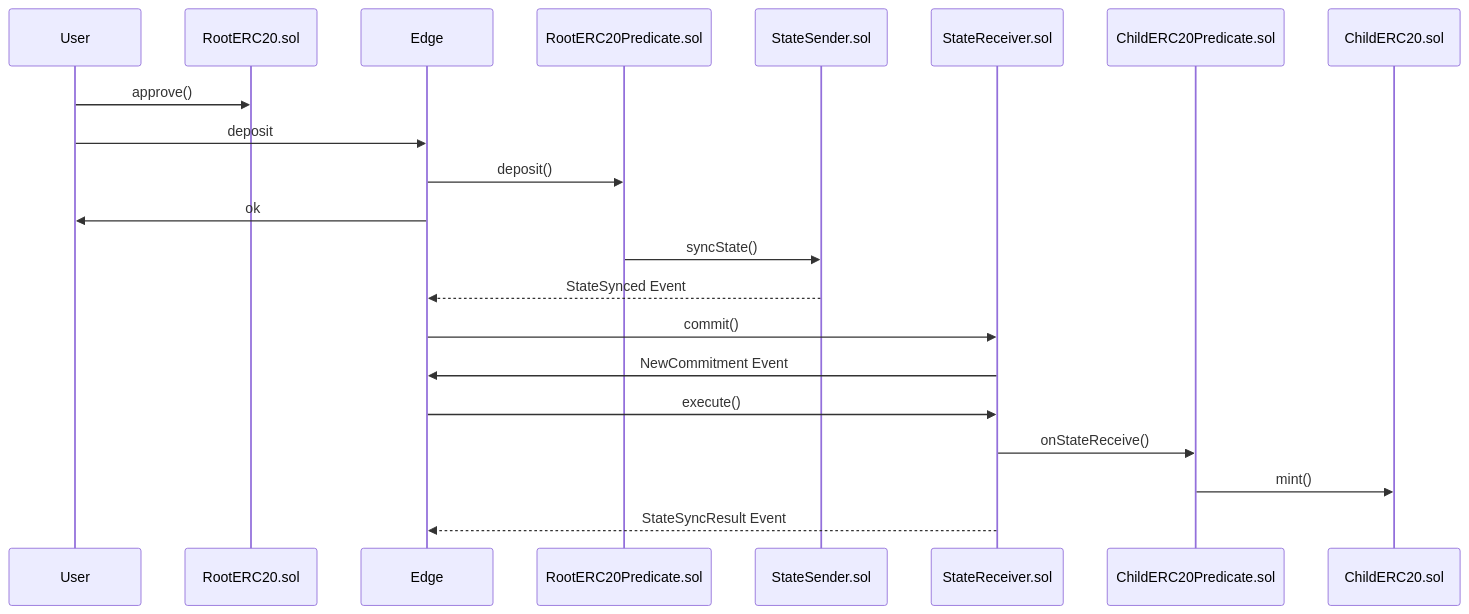
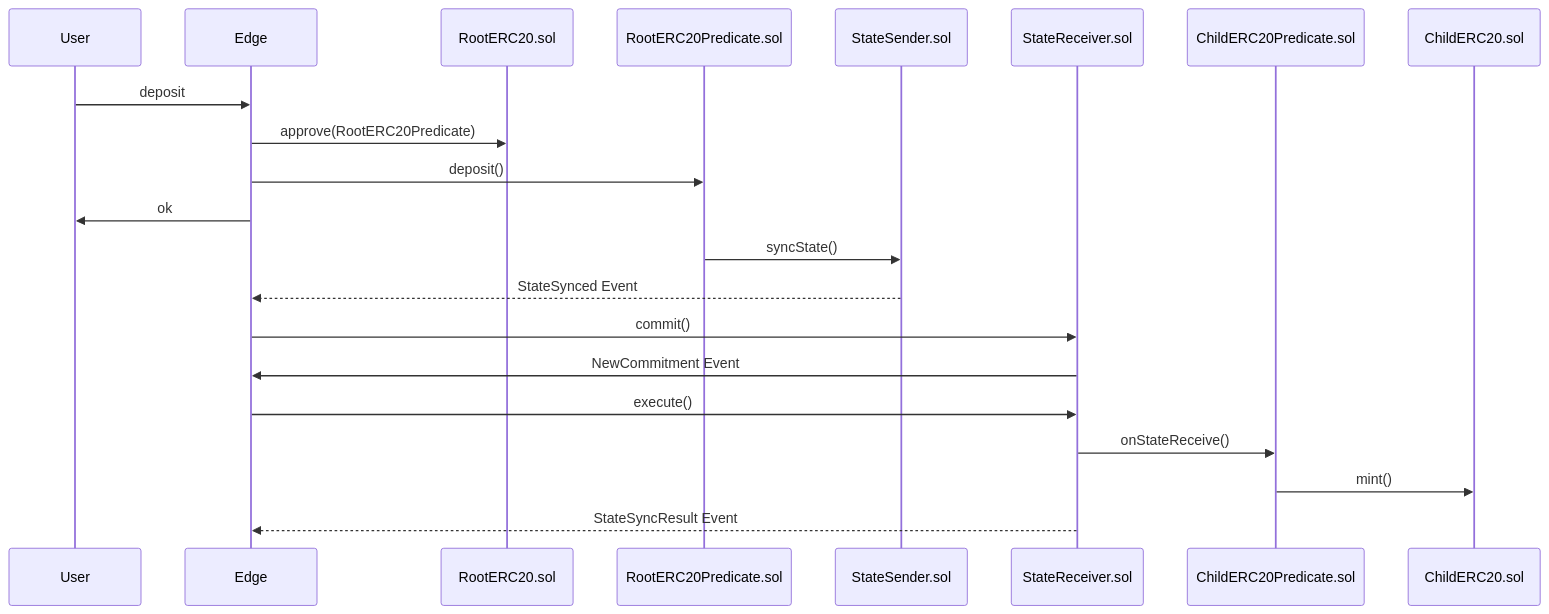
One commit to 0xPolygon/polygon-edge changed the first of 3 diagrams in docs/bridge/sequences.md. Above: the diagram before and after it, drawn with Mermaid.

Commit message:
Fix deposit sequence and specifer spender in approve()

````diff
--- a/docs/bridge/sequences.md
+++ b/docs/bridge/sequences.md
@@ -5,15 +5,15 @@
 ```mermaid
 sequenceDiagram
-	User->>RootERC20.sol: approve()
 	User->>Edge: deposit
+	Edge->>RootERC20.sol: approve(RootERC20Predicate)
 	Edge->>RootERC20Predicate.sol: deposit()
 	Edge->>User: ok
 	RootERC20Predicate.sol->>StateSender.sol:syncState()
 	StateSender.sol-->>Edge: StateSynced Event
 	Edge->>StateReceiver.sol:commit()
 	StateReceiver.sol->>Edge: NewCommitment Event
 	Edge->>StateReceiver.sol:execute()
 	StateReceiver.sol->>ChildERC20Predicate.sol:onStateReceive()
 	ChildERC20Predicate.sol->>ChildERC20.sol: mint()
 	StateReceiver.sol-->>Edge:StateSyncResult Event
 ```
````
